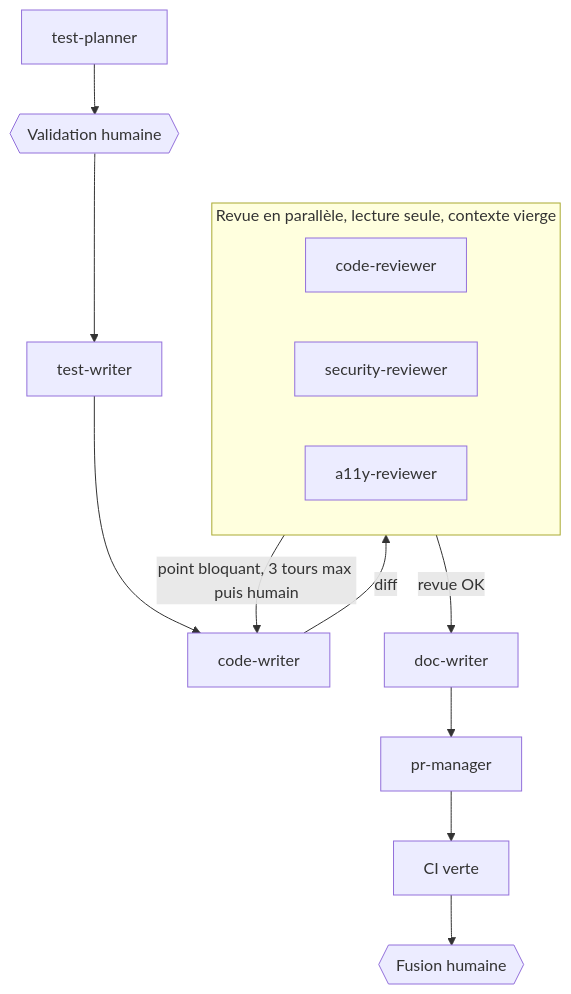
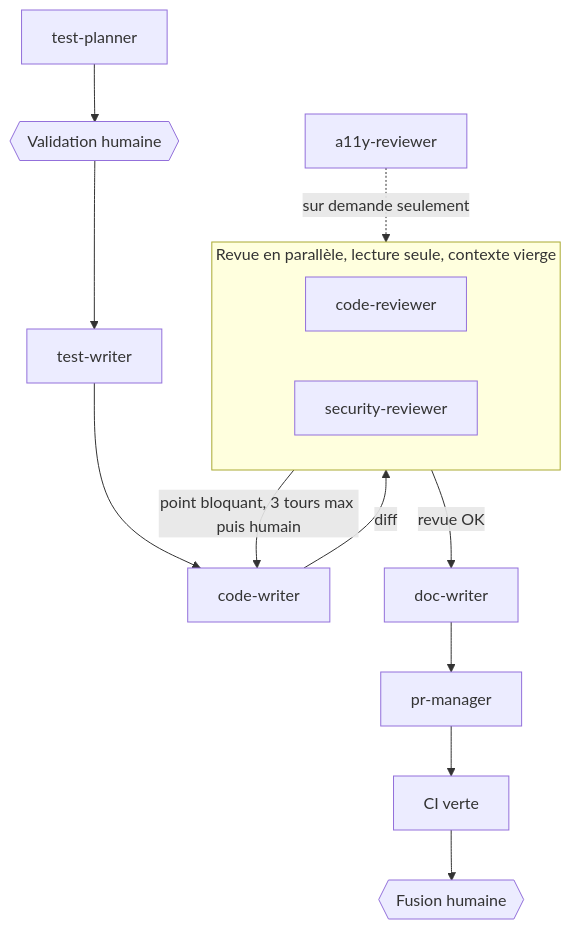
One commit to Mart1n-S/mijote changed the second of 2 diagrams in docs/cahier-des-charges.md. Above: the diagram before and after it, drawn with Mermaid. The commit also changed other lines of this file and 2 other files, not shown here.

First line of the commit message:
docs: lève les contradictions restantes sur la cible rgaa

````diff
--- a/docs/cahier-des-charges.md
+++ b/docs/cahier-des-charges.md
@@ -358,12 +358,12 @@
 ```mermaid
 flowchart TB
   TP["test-planner"] --> VH{{"Validation humaine"}} --> TW["test-writer"] --> CW["code-writer"]
   CW -- "diff" --> REV
   subgraph REV["Revue en parallèle, lecture seule, contexte vierge"]
     CR["code-reviewer"]
     SR["security-reviewer"]
-    AR["a11y-reviewer"]
   end
+  AR["a11y-reviewer"] -. "sur demande seulement" .-> REV
   REV -- "point bloquant, 3 tours max puis humain" --> CW
   REV -- "revue OK" --> DW["doc-writer"] --> PR["pr-manager"] --> CI["CI verte"] --> FH{{"Fusion humaine"}}
 ```
````
